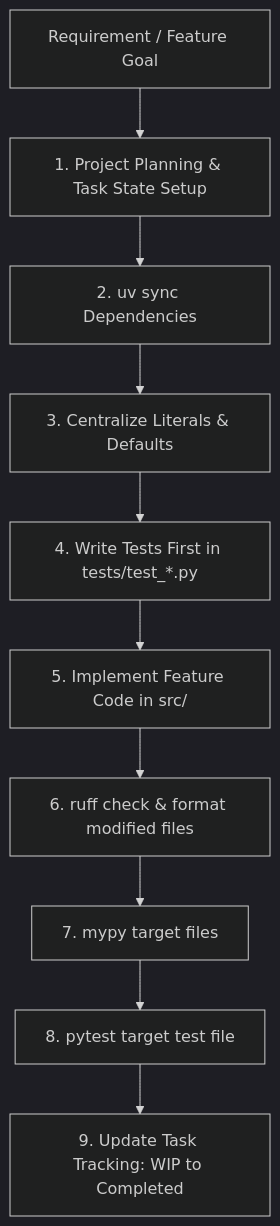
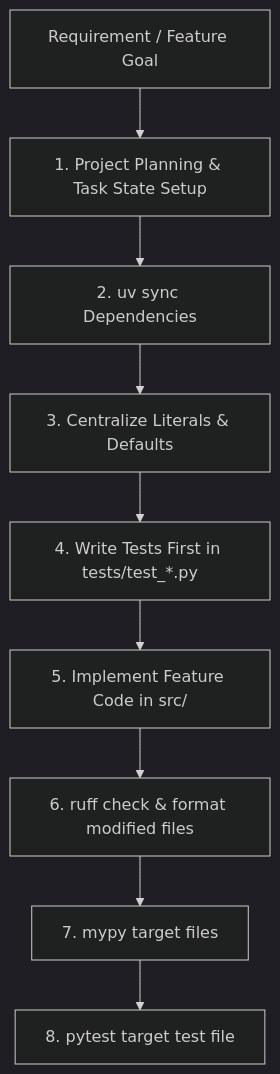
The first of 2 diagrams in docs/ROUTINE_TASKS.md (dan-petty/devops-cli), drawn with Mermaid (dark theme) before and after one commit. The commit also changed other lines of this file and 58 other files, not shown here.

````diff
--- a/docs/ROUTINE_TASKS.md
+++ b/docs/ROUTINE_TASKS.md
@@ -67,12 +67,11 @@
 ```mermaid
 flowchart TD
     A[Requirement / Feature Goal] --> B[1. Project Planning & Task State Setup]
     B --> C[2. uv sync Dependencies]
     C --> D[3. Centralize Literals & Defaults]
     D --> E[4. Write Tests First in tests/test_*.py]
     E --> F[5. Implement Feature Code in src/]
     F --> G[6. ruff check & format modified files]
     G --> H[7. mypy target files]
     H --> I[8. pytest target test file]
-    I --> J[9. Update Task Tracking: WIP to Completed]
 ```
````
